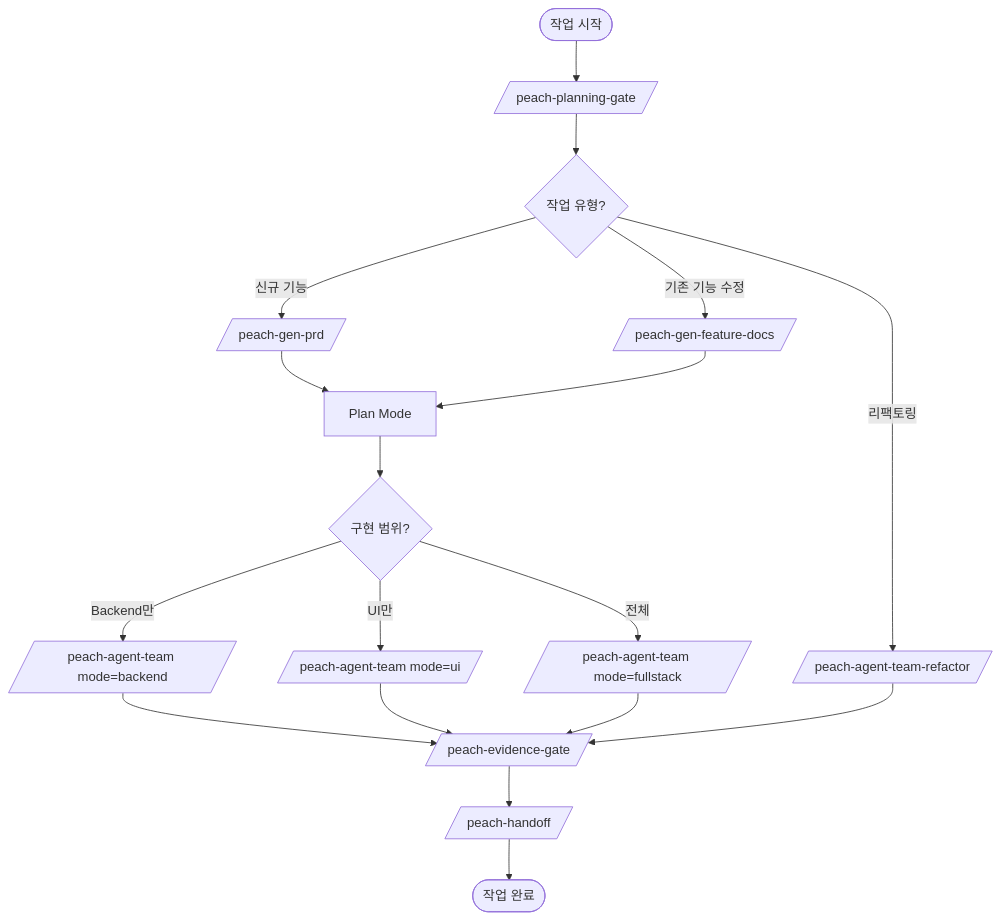
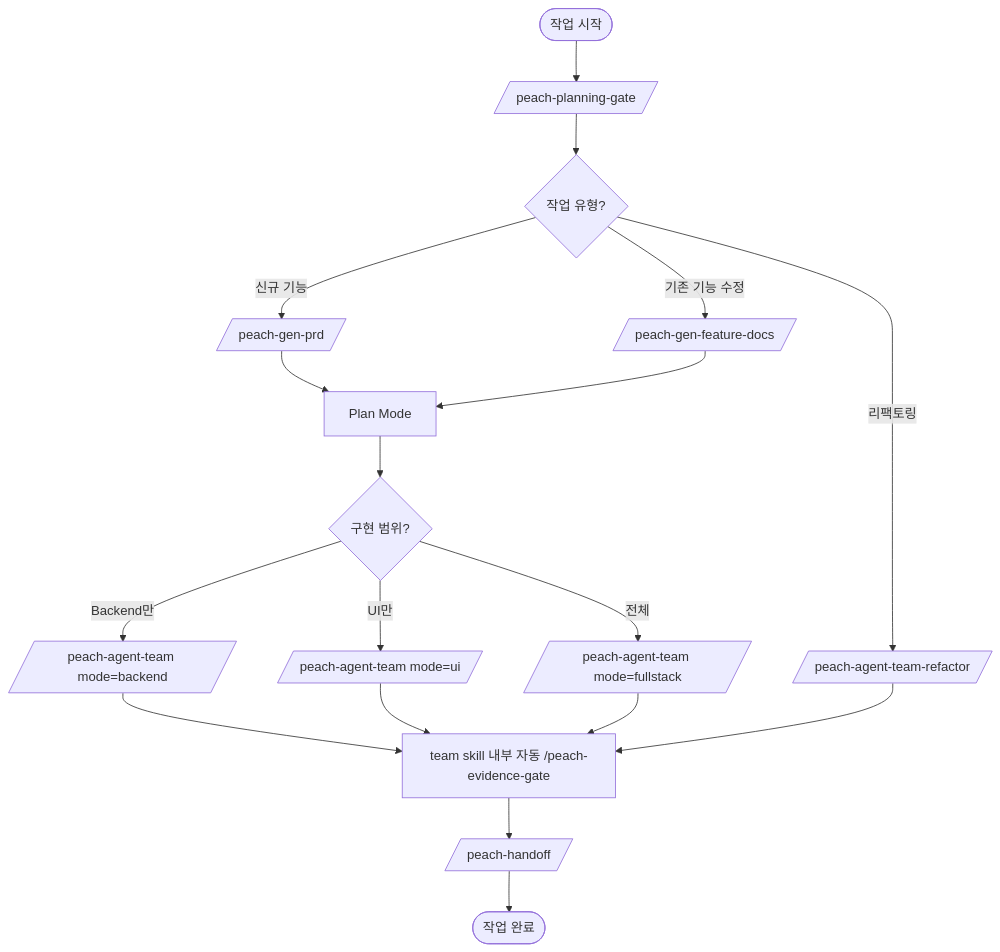
Before and after one commit to peachSolution/peach-harness: the diagram in docs/WORKFLOW.md, drawn with Mermaid. The commit also changed other lines of this file and 9 other files, not shown here.

Commit message:
Clarify evidence gate flow and feature docs context

````diff
--- a/docs/WORKFLOW.md
+++ b/docs/WORKFLOW.md
@@ -7,25 +7,25 @@
 ```mermaid
 flowchart TD
     Start([작업 시작]) --> Gate[/peach-planning-gate/]
     Gate --> Type{작업 유형?}
 
     Type -->|신규 기능| PRD[/peach-gen-prd/]
     Type -->|기존 기능 수정| FDoc[/peach-gen-feature-docs/]
     Type -->|리팩토링| Refactor[/peach-agent-team-refactor/]
 
     PRD --> Plan[Plan Mode]
     FDoc --> Plan
     Plan --> Impl{구현 범위?}
 
     Impl -->|Backend만| BE[/peach-agent-team mode=backend/]
     Impl -->|UI만| UI[/peach-agent-team mode=ui/]
     Impl -->|전체| FS[/peach-agent-team mode=fullstack/]
 
-    BE --> Evidence[/peach-evidence-gate/]
+    BE --> Evidence["team skill 내부 자동 /peach-evidence-gate"]
     UI --> Evidence
     FS --> Evidence
     Refactor --> Evidence
 
     Evidence --> Handoff[/peach-handoff/]
     Handoff --> End([작업 완료])
 ```
````
